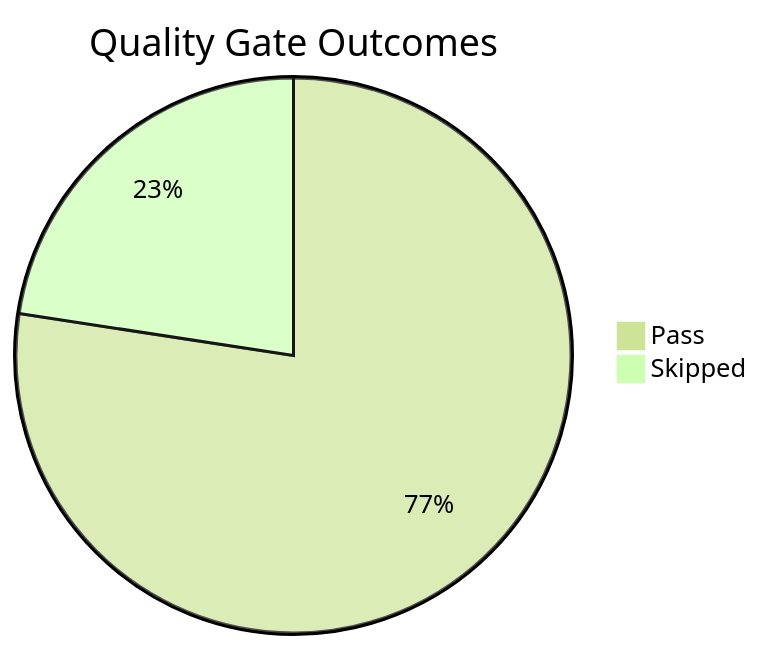
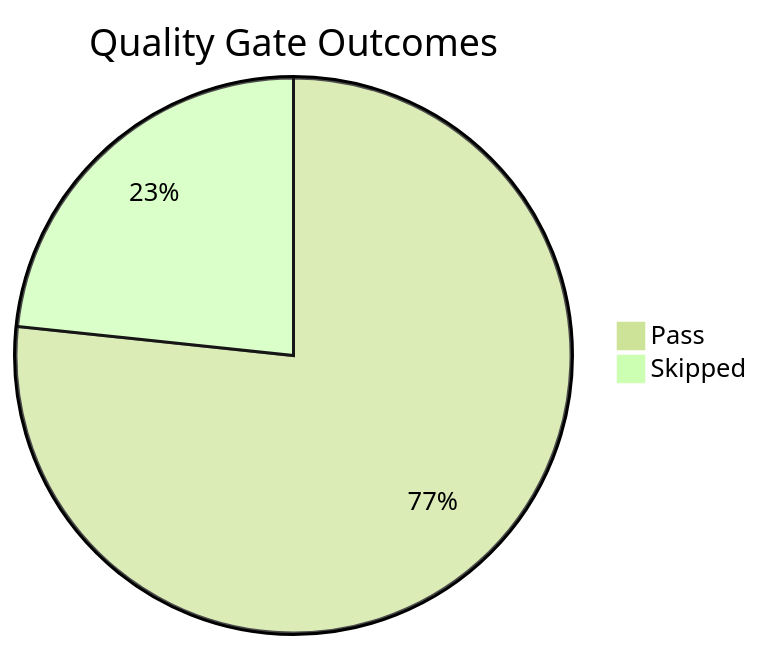
One commit to yeongseon/azure-app-service-practical-guide changed the diagram in docs/meta/golden-status.md. Above: the diagram before and after it, drawn with Mermaid (forest theme). The commit also changed other lines of this file and 1 other file, not shown here.

````diff
--- a/docs/meta/golden-status.md
+++ b/docs/meta/golden-status.md
@@ -42,5 +42,5 @@
 ```mermaid
 pie title Quality Gate Outcomes
-    "Pass" : 24
+    "Pass" : 23
     "Skipped" : 7
 ```
````
